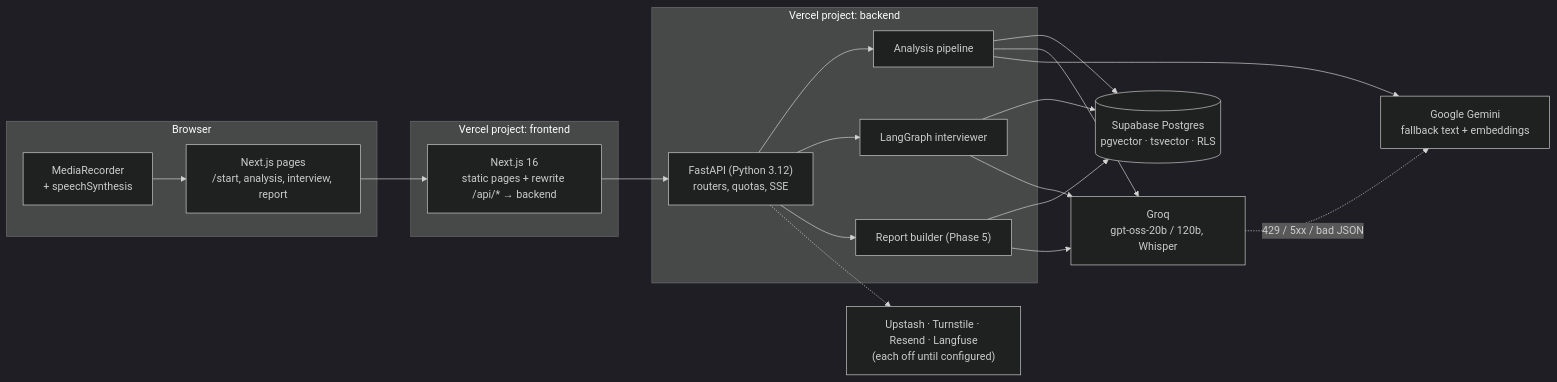
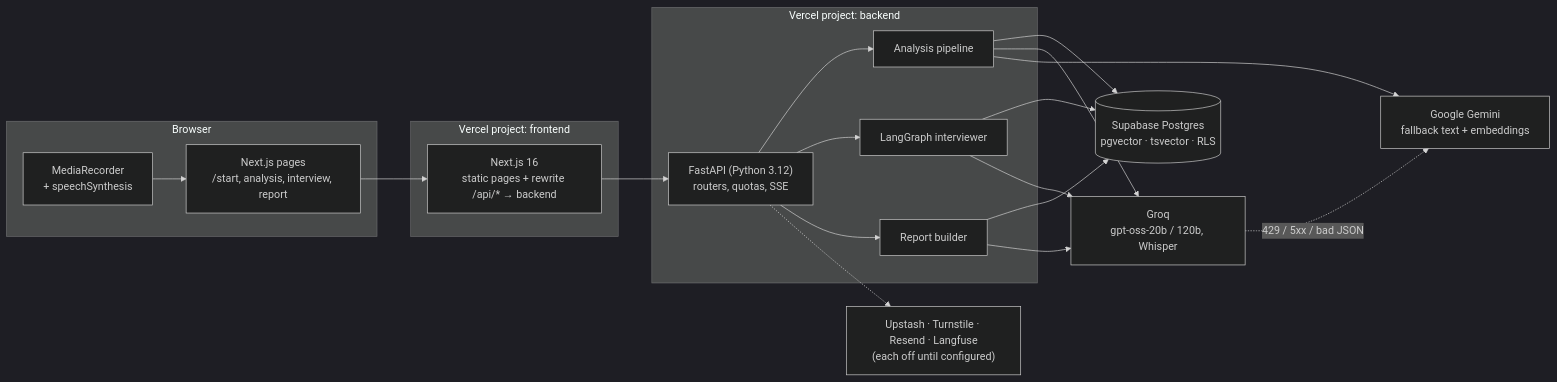
Before and after one commit to husnainzahid050-hub/hireready-ai: the first of 2 diagrams in docs/ARCHITECTURE.md, drawn with Mermaid (dark theme). The commit also changed other lines of this file and 4 other files, not shown here.

````diff
--- a/docs/ARCHITECTURE.md
+++ b/docs/ARCHITECTURE.md
@@ -12,29 +12,29 @@
 ```mermaid
 flowchart LR
     subgraph Browser
         UI["Next.js pages<br/>/start, analysis, interview, report"]
         REC["MediaRecorder<br/>+ speechSynthesis"]
     end
     subgraph "Vercel project: frontend"
         NX["Next.js 16<br/>static pages + rewrite /api/* → backend"]
     end
     subgraph "Vercel project: backend"
         API["FastAPI (Python 3.12)<br/>routers, quotas, SSE"]
         PIPE["Analysis pipeline"]
         AG["LangGraph interviewer"]
-        REP["Report builder (Phase 5)"]
+        REP["Report builder"]
     end
     DB[("Supabase Postgres<br/>pgvector · tsvector · RLS")]
     GROQ["Groq<br/>gpt-oss-20b / 120b, Whisper"]
     GEM["Google Gemini<br/>fallback text + embeddings"]
     EXT["Upstash · Turnstile · Resend · Langfuse<br/>(each off until configured)"]
 
     UI --> NX --> API
     REC --> UI
     API --> PIPE & AG & REP
     PIPE & AG & REP --> DB
     PIPE & AG & REP --> GROQ
     GROQ -. "429 / 5xx / bad JSON" .-> GEM
     PIPE --> GEM
     API -.-> EXT
 ```
````
